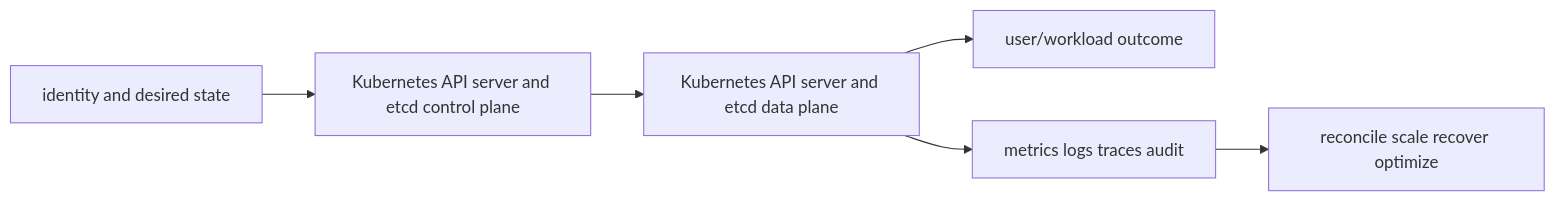
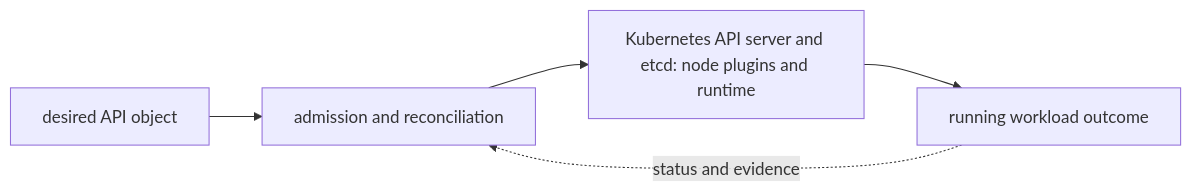
One commit to tomkidumbuyo/DevOps-interview-preparation changed the diagram in 06-kubernetes/01-architecture/01-api-server-etcd/README.md. Above: the diagram before and after it, drawn with Mermaid. The commit also changed other lines of this file and 753 other files, not shown here.

````diff
--- a/06-kubernetes/01-architecture/01-api-server-etcd/README.md
+++ b/06-kubernetes/01-architecture/01-api-server-etcd/README.md
@@ -19,8 +31,7 @@
 ```mermaid
 flowchart LR
-  I[identity and desired state] --> C[Kubernetes API server and etcd control plane]
-  C --> D[Kubernetes API server and etcd data plane]
-  D --> U[user/workload outcome]
-  D --> O[metrics logs traces audit]
-  O --> R[reconcile scale recover optimize]
+  A["desired API object"] --> B["admission and reconciliation"]
+  B --> C["Kubernetes API server and etcd: node plugins and runtime"]
+  C --> D["running workload outcome"]
+  D -. "status and evidence" .-> B
 ```
````
